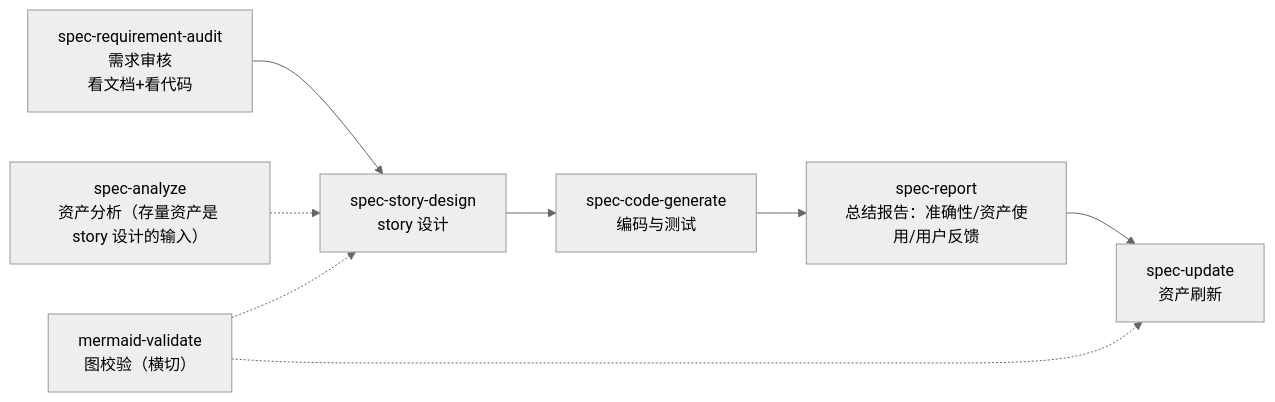
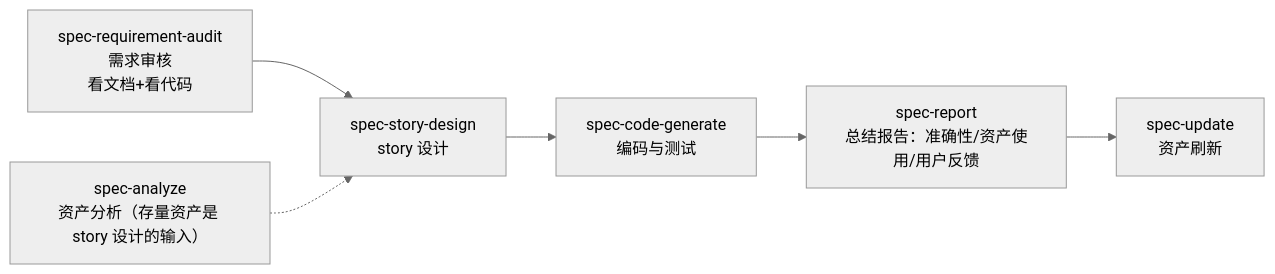
One commit to CoreGeekASTL/specgo changed the first of 4 diagrams in README.md. Above: the diagram before and after it, drawn with Mermaid (neutral theme). The commit also changed other lines of this file and 38 other files, not shown here.

Commit message:
refactor: mermaid-validate 取消独立 skill 形态——验证脚本迁至 scripts/mermaid-validate/，编写指南转为共用参考 references/mermaid-guide.md（无 frontmatter、不进 skill 索引）；全部含 mermaid 产出的 skill/子流程改为引用该指南与脚本（语法红线单点维护，不重复内联）；bootstrap/README/INSTALL/opencode.js/元数据×7 同步为 6 主 skill 口径

````diff
--- a/README.md
+++ b/README.md
@@ -25,10 +24,8 @@
 ```mermaid
 flowchart LR
     D1["spec-requirement-audit<br/>需求审核<br/>看文档+看代码"] --> D2["spec-story-design<br/>story 设计"]
     D2 --> D3["spec-code-generate<br/>编码与测试"]
     D3 --> D4["spec-report<br/>总结报告：准确性/资产使用/用户反馈"]
     D4 --> D5["spec-update<br/>资产刷新"]
     SA["spec-analyze<br/>资产分析（存量资产是 story 设计的输入）"] -.-> D2
-    MV["mermaid-validate<br/>图校验（横切）"] -.-> D2
-    MV -.-> D5
 ```
````
